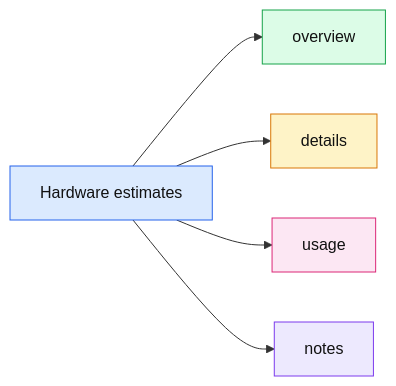
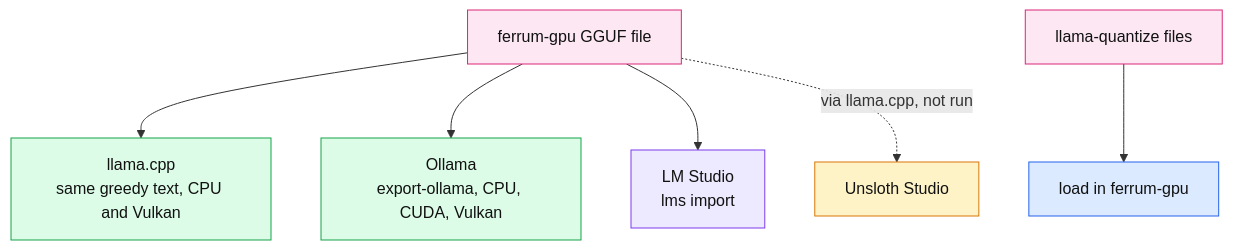
Diagram 13 of 21 in readme.md (thomascherickal/ferrum-gpu), drawn with Mermaid before and after one commit. The commit also changed other lines of this file and 4 other files, not shown here.

First line of the commit message:
docs: hand-drawn data-flow diagrams for the readme, architecture and GUI pages

````diff
--- a/readme.md
+++ b/readme.md
@@ -385,13 +367,13 @@
 ```mermaid
-flowchart LR
-    a["Hardware estimates"]:::root
-    a --> n0["overview"]:::c0
-    a --> n1["details"]:::c1
-    a --> n2["usage"]:::c2
-    a --> n3["notes"]:::c3
-    classDef root fill:#dbeafe,stroke:#2563eb,color:#111
-    classDef c0 fill:#dcfce7,stroke:#16a34a,color:#111
-    classDef c1 fill:#fef3c7,stroke:#d97706,color:#111
-    classDef c2 fill:#fce7f3,stroke:#db2777,color:#111
-    classDef c3 fill:#ede9fe,stroke:#7c3aed,color:#111
+flowchart TD
+    ours["ferrum-gpu GGUF file"]:::io --> lc["llama.cpp<br/>same greedy text, CPU and Vulkan"]:::gpu
+    ours --> ol["Ollama<br/>export-ollama, CPU, CUDA, Vulkan"]:::gpu
+    ours --> lm["LM Studio<br/>lms import"]:::host
+    ours -. "via llama.cpp, not run" .-> un["Unsloth Studio"]:::cpu
+    lq["llama-quantize files"]:::io --> rd["load in ferrum-gpu"]:::core
+    classDef core fill:#dbeafe,stroke:#2563eb,color:#111
+    classDef gpu fill:#dcfce7,stroke:#16a34a,color:#111
+    classDef cpu fill:#fef3c7,stroke:#d97706,color:#111
+    classDef io fill:#fce7f3,stroke:#db2777,color:#111
+    classDef host fill:#ede9fe,stroke:#7c3aed,color:#111
 ```
````
